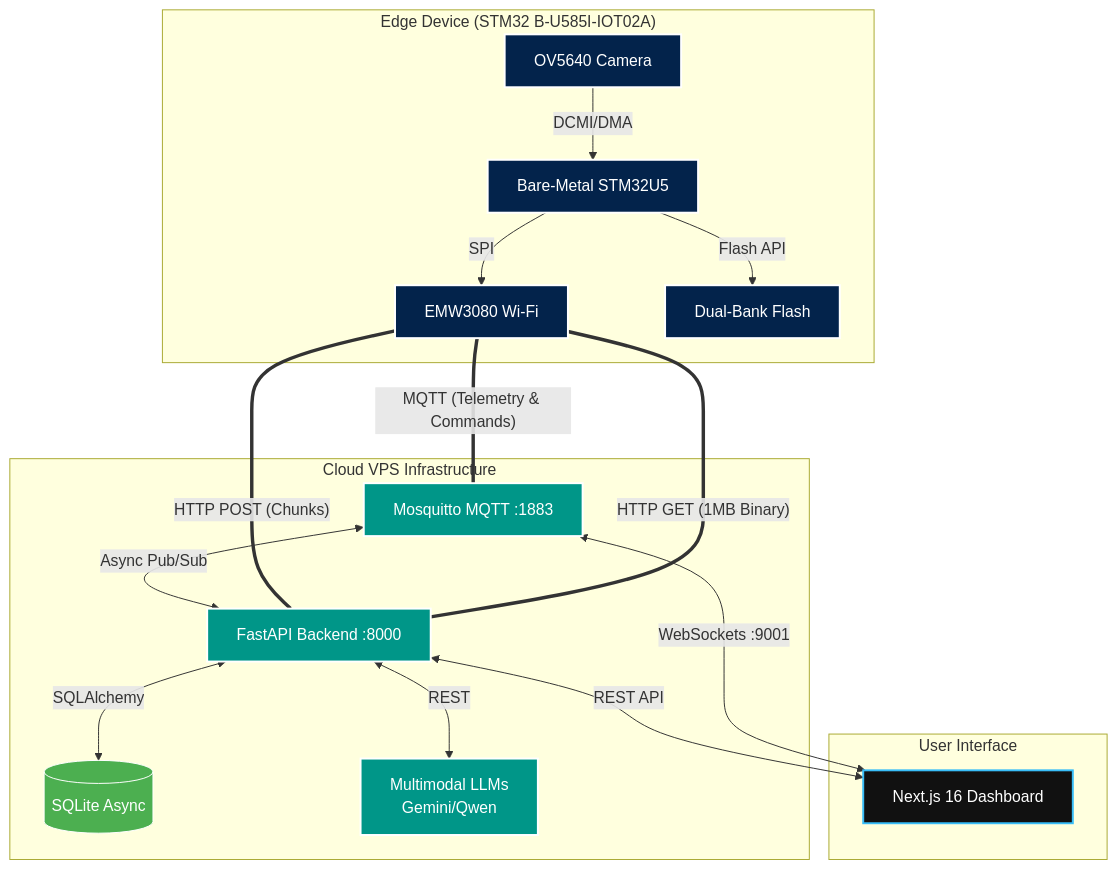
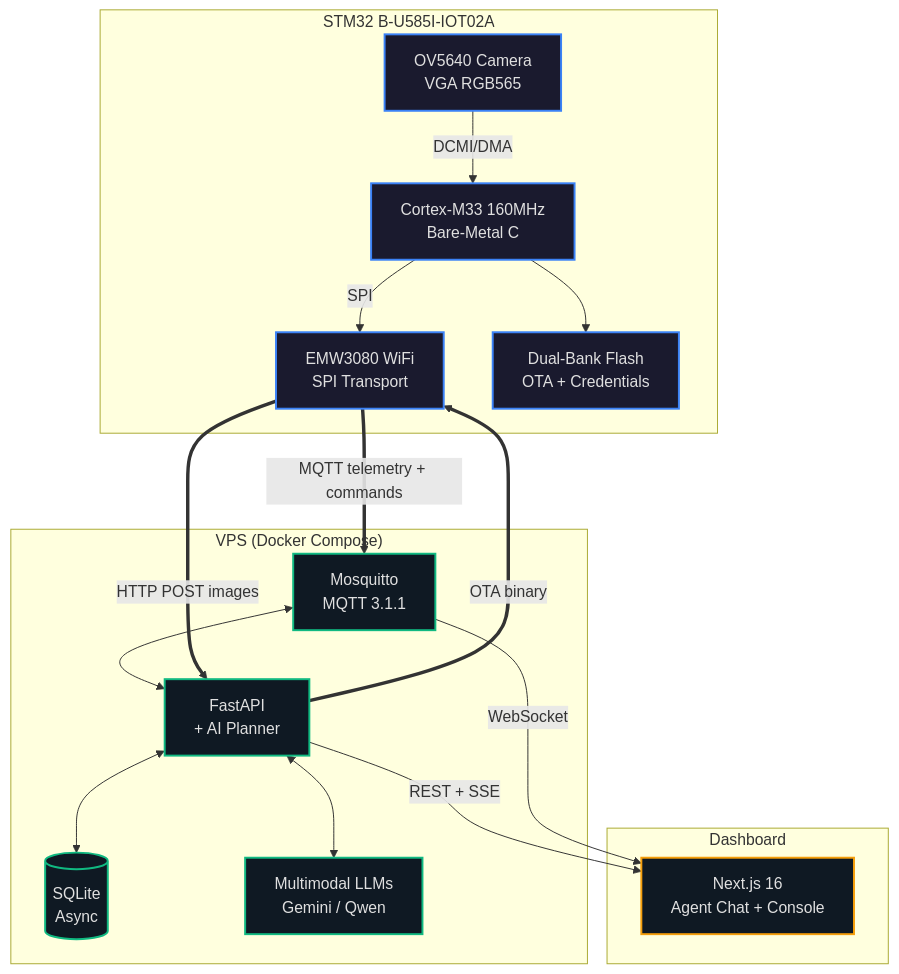
Before and after one commit to WhitehatD/thesis-iot-monitoring: the diagram in README.md, drawn with Mermaid. The commit also changed other lines of this file, not shown here.

````diff
--- a/README.md
+++ b/README.md
@@ -78,41 +73,38 @@
 ```mermaid
 graph TD
-    classDef hardware fill:#03234B,color:#fff,stroke:#fff,stroke-width:2px
-    classDef cloud fill:#009688,color:#fff,stroke:#fff,stroke-width:2px
-    classDef frontend fill:#111,color:#fff,stroke:#38bdf8,stroke-width:2px
-    classDef db fill:#4CAF50,color:#fff,stroke:#fff
+    classDef hw fill:#1a1a2e,color:#e0e0e0,stroke:#3b82f6,stroke-width:2px
+    classDef cloud fill:#0f1923,color:#e0e0e0,stroke:#10b981,stroke-width:2px
+    classDef ui fill:#0f1923,color:#e0e0e0,stroke:#f59e0b,stroke-width:2px
 
-    subgraph Edge ["Edge Device (STM32 B-U585I-IOT02A)"]
-        MCU[Bare-Metal STM32U5]:::hardware
-        CAM[OV5640 Camera]:::hardware
-        WIFI[EMW3080 Wi-Fi]:::hardware
-        FLASH[Dual-Bank Flash]:::hardware
-        
+    subgraph Edge ["STM32 B-U585I-IOT02A"]
+        CAM[OV5640 Camera<br/>VGA RGB565]:::hw
+        MCU[Cortex-M33 160MHz<br/>Bare-Metal C]:::hw
+        WIFI[EMW3080 WiFi<br/>SPI Transport]:::hw
+        FLASH[Dual-Bank Flash<br/>OTA + Credentials]:::hw
+
         CAM -- DCMI/DMA --> MCU
         MCU -- SPI --> WIFI
-        MCU -- Flash API --> FLASH
+        MCU --> FLASH
     end
 
-    subgraph Infrastructure ["Cloud VPS Infrastructure"]
-        Broker[Mosquitto MQTT :1883]:::cloud
-        Server[FastAPI Backend :8000]:::cloud
-        DB[(SQLite Async)]:::db
-        AI[Multimodal LLMs<br/>Gemini/Qwen]:::cloud
-        
-        Broker <--> |Async Pub/Sub| Server
-        Server <--> |SQLAlchemy| DB
-        Server <--> |REST| AI
+    subgraph Cloud ["VPS (Docker Compose)"]
+        MQTT[Mosquitto<br/>MQTT 3.1.1]:::cloud
+        API[FastAPI<br/>+ AI Planner]:::cloud
+        DB[(SQLite<br/>Async)]:::cloud
+        LLM[Multimodal LLMs<br/>Gemini / Qwen]:::cloud
+
+        MQTT <--> API
+        API <--> DB
+        API <--> LLM
     end
 
-    subgraph Control ["User Interface"]
-        Dash[Next.js 16 Dashboard]:::frontend
+    subgraph UI ["Dashboard"]
+        DASH[Next.js 16<br/>Agent Chat + Console]:::ui
     end
 
-    %% Network links
-    WIFI == "MQTT (Telemetry & Commands)" === Broker
-    WIFI == "HTTP POST (Chunks)" === Server
-    Server == "HTTP GET (1MB Binary)" === WIFI
-    
-    Server -- "REST API" <--> Dash
-    Broker -- "WebSockets :9001" <--> Dash
+    WIFI == "MQTT telemetry + commands" ==> MQTT
+    WIFI == "HTTP POST images" ==> API
+    API == "OTA binary" ==> WIFI
+    API -- REST + SSE --> DASH
+    MQTT -- WebSocket --> DASH
 ```
````
